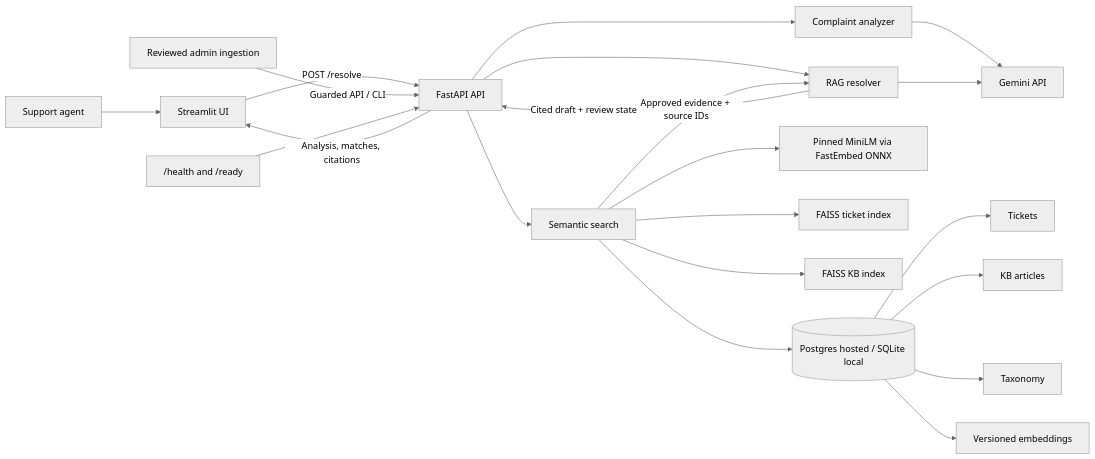
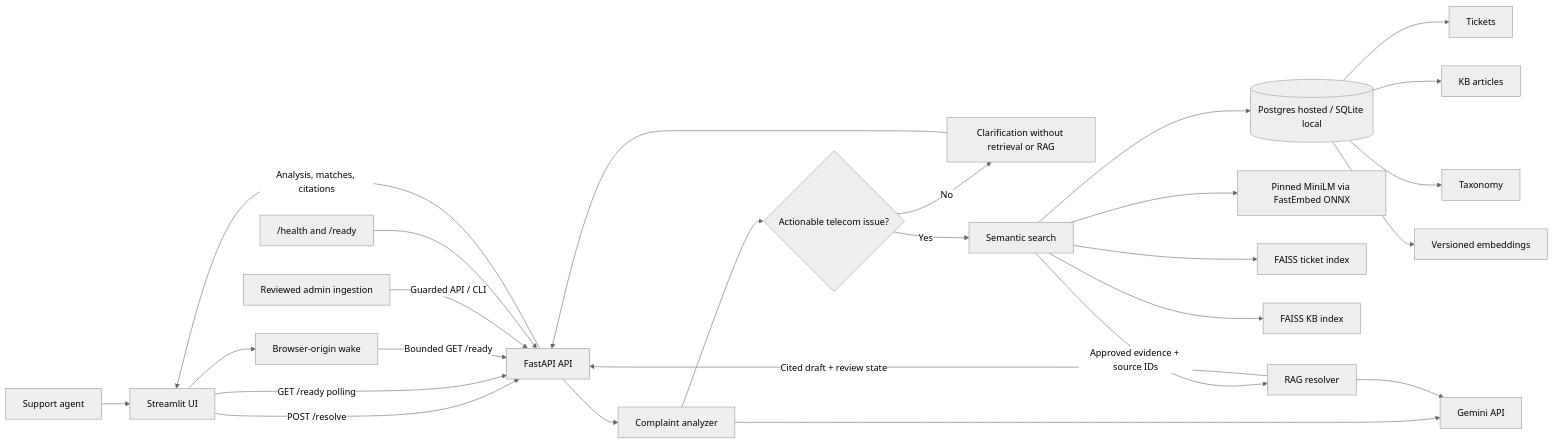
Before and after one commit to ShreyasKowshal/Intelligent-Support-Ticket-Resolution-Assistant: the diagram in README.md, drawn with Mermaid (neutral theme). The commit also changed other lines of this file and 2 other files, not shown here.

````diff
--- a/README.md
+++ b/README.md
@@ -11,23 +11,28 @@
 ```mermaid
 flowchart LR
     Agent[Support agent] --> UI[Streamlit UI]
     UI -->|POST /resolve| API[FastAPI API]
+    UI -->|GET /ready polling| API
+    UI --> Wake[Browser-origin wake]
+    Wake -->|Bounded GET /ready| API
     API --> Analyze[Complaint analyzer]
-    API --> Search[Semantic search]
-    API --> RAG[RAG resolver]
+    Analyze --> Actionable{Actionable telecom issue?}
+    Actionable -->|No| Clarify[Clarification without retrieval or RAG]
+    Actionable -->|Yes| Search[Semantic search]
     Analyze --> Gemini[Gemini API]
+    Clarify --> API
     RAG --> Gemini
     Search --> Encoder[Pinned MiniLM via FastEmbed ONNX]
     Search --> TicketsIndex[FAISS ticket index]
     Search --> KBIndex[FAISS KB index]
     Search --> DB[(Postgres hosted / SQLite local)]
     DB --> Tickets[Tickets]
     DB --> KB[KB articles]
     DB --> Taxonomy[Taxonomy]
     DB --> Embeddings[Versioned embeddings]
-    Search -->|Approved evidence + source IDs| RAG
+    Search -->|Approved evidence + source IDs| RAG[RAG resolver]
     RAG -->|Cited draft + review state| API
     API -->|Analysis, matches, citations| UI
     Admin[Reviewed admin ingestion] -->|Guarded API / CLI| API
     Health["/health and /ready"] --> API
 ```
````
